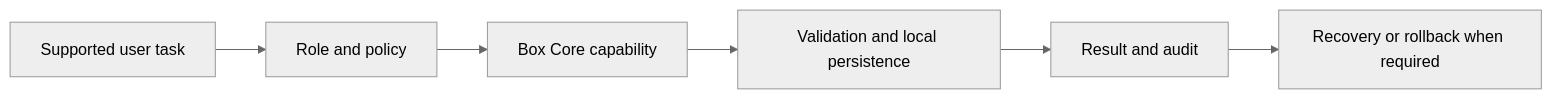
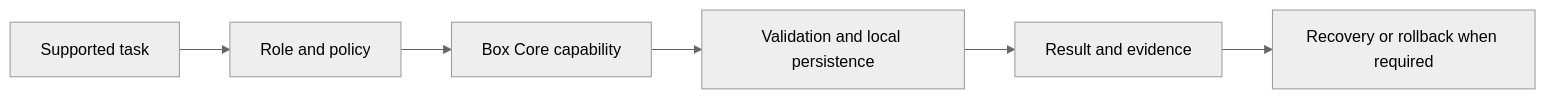
One commit to claryel-company/claryel-boxcore changed the diagram in USER_GUIDES/README.md. Above: the diagram before and after it, drawn with Mermaid (neutral theme). The commit also changed other lines of this file and 30 other files, not shown here.

````diff
--- a/USER_GUIDES/README.md
+++ b/USER_GUIDES/README.md
@@ -32,8 +37,8 @@
 ```mermaid
 flowchart LR
-    A[Supported user task] --> B[Role and policy]
+    A[Supported task] --> B[Role and policy]
     B --> C[Box Core capability]
     C --> D[Validation and local persistence]
-    D --> E[Result and audit]
+    D --> E[Result and evidence]
     E --> F[Recovery or rollback when required]
 ```
````
